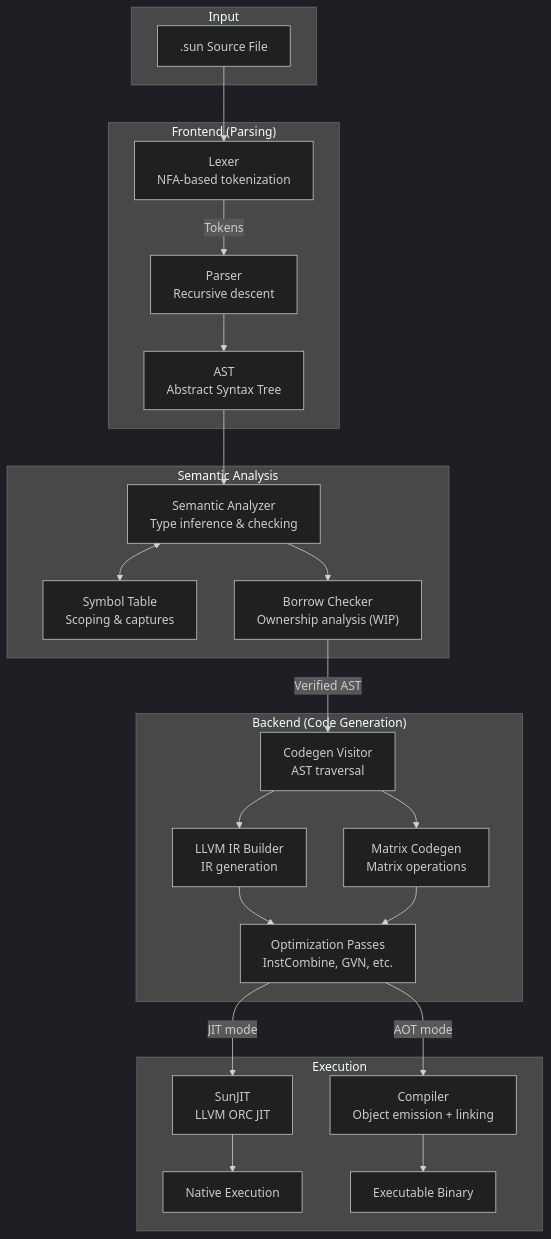
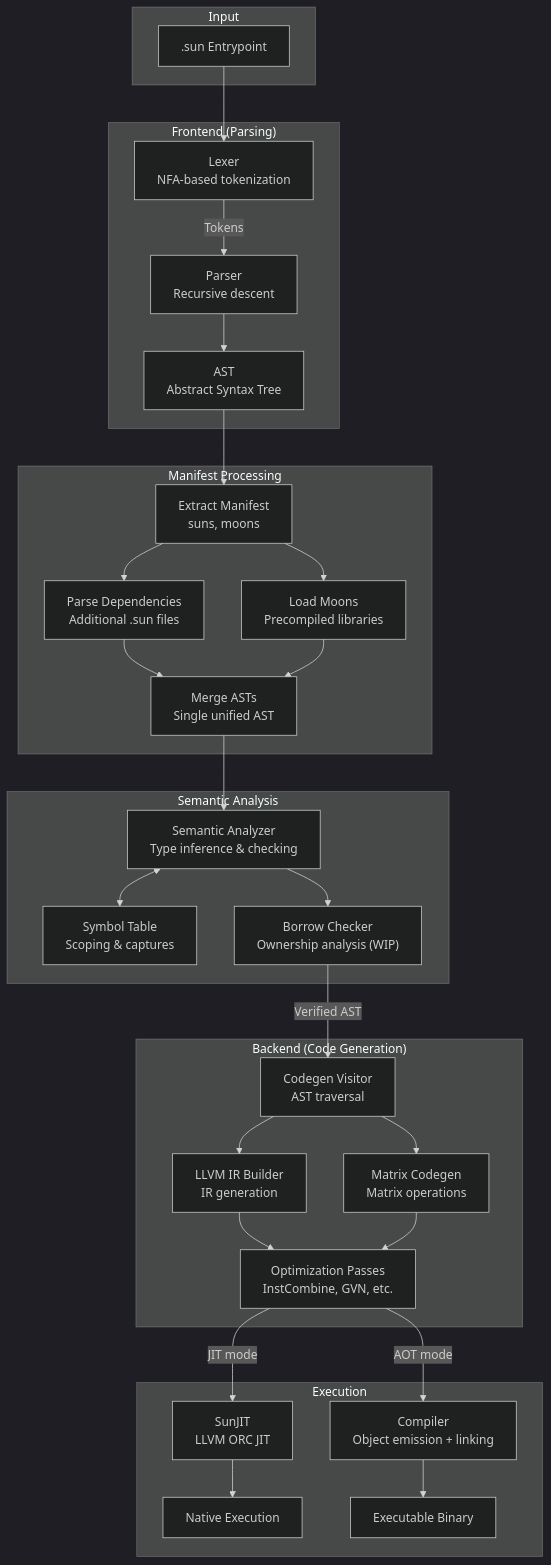
Before and after one commit to namo-robotics/sun: the diagram in docs/pages/architecture.mdx, drawn with Mermaid (dark theme). The commit also changed other lines of this file and 83 other files, not shown here.

````diff
--- a/docs/pages/architecture.mdx
+++ b/docs/pages/architecture.mdx
@@ -83,48 +103,60 @@
 ```mermaid
 flowchart TB
     subgraph Input
-        SRC[".sun Source File"]
+        SRC[".sun Entrypoint"]
     end
 
     subgraph Frontend["Frontend (Parsing)"]
         LEX["Lexer<br/>NFA-based tokenization"]
         PAR["Parser<br/>Recursive descent"]
         AST["AST<br/>Abstract Syntax Tree"]
+    end
+
+    subgraph Manifest["Manifest Processing"]
+        MAN["Extract Manifest<br/>suns, moons"]
+        DEPS["Parse Dependencies<br/>Additional .sun files"]
+        MOON["Load Moons<br/>Precompiled libraries"]
+        MERGE["Merge ASTs<br/>Single unified AST"]
     end
 
     subgraph Analysis["Semantic Analysis"]
         SEM["Semantic Analyzer<br/>Type inference & checking"]
         SYM["Symbol Table<br/>Scoping & captures"]
         BC["Borrow Checker<br/>Ownership analysis (WIP)"]
     end
 
     subgraph Backend["Backend (Code Generation)"]
         CGV["Codegen Visitor<br/>AST traversal"]
         LLVM["LLVM IR Builder<br/>IR generation"]
         MAT["Matrix Codegen<br/>Matrix operations"]
         OPT["Optimization Passes<br/>InstCombine, GVN, etc."]
     end
 
     subgraph Execution
         JIT["SunJIT<br/>LLVM ORC JIT"]
         AOT["Compiler<br/>Object emission + linking"]
         RUN["Native Execution"]
         EXE["Executable Binary"]
     end
 
     SRC --> LEX
     LEX -->|"Tokens"| PAR
     PAR --> AST
-    AST --> SEM
+    AST --> MAN
+    MAN --> DEPS
+    MAN --> MOON
+    DEPS --> MERGE
+    MOON --> MERGE
+    MERGE --> SEM
     SEM <--> SYM
     SEM --> BC
     BC -->|"Verified AST"| CGV
     CGV --> LLVM
     CGV --> MAT
     LLVM --> OPT
     MAT --> OPT
     OPT -->|"JIT mode"| JIT
     OPT -->|"AOT mode"| AOT
     JIT --> RUN
     AOT --> EXE
 ```
````
